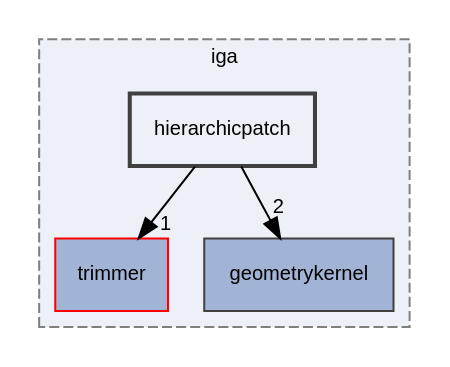
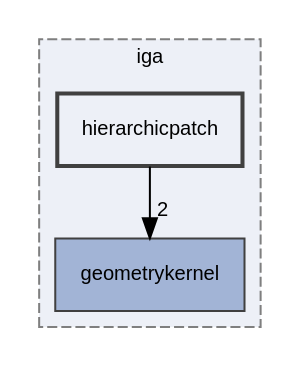
The diagram in dir_12fc9e68aad46ae2d80ba50ef1c96d76_dep.dot (rath3t/dune-iga-doc), drawn with Graphviz before and after one commit. The commit also changed 1206 other files, not shown here.

```diff
--- a/dir_12fc9e68aad46ae2d80ba50ef1c96d76_dep.dot
+++ b/dir_12fc9e68aad46ae2d80ba50ef1c96d76_dep.dot
@@ -1,15 +1,13 @@
 digraph "hierarchicpatch"
 {
  // LATEX_PDF_SIZE
   edge [fontname="Helvetica",fontsize="10",labelfontname="Helvetica",labelfontsize="10"];
   node [fontname="Helvetica",fontsize="10",shape=record];
   compound=true
   subgraph clusterdir_d2a3c23294a1b1015b1b8e8721ddded8 {
     graph [ bgcolor="#edf0f7", pencolor="grey50", style="filled,dashed,", label="iga", fontname="Helvetica", fontsize="10", URL="dir_d2a3c23294a1b1015b1b8e8721ddded8.html"]
-  dir_7d0c370ab440c4b4f78419bfc8c93eb8 [shape=box, label="trimmer", style="filled,", fillcolor="#a2b4d6", color="red", URL="dir_7d0c370ab440c4b4f78419bfc8c93eb8.html"];
   dir_98571e7345f7327fea7723ec1a12d870 [shape=box, label="geometrykernel", style="filled,", fillcolor="#a2b4d6", color="grey25", URL="dir_98571e7345f7327fea7723ec1a12d870.html"];
   dir_12fc9e68aad46ae2d80ba50ef1c96d76 [shape=box, label="hierarchicpatch", style="filled,bold,", fillcolor="#edf0f7", color="grey25", URL="dir_12fc9e68aad46ae2d80ba50ef1c96d76.html"];
   }
-  dir_12fc9e68aad46ae2d80ba50ef1c96d76->dir_7d0c370ab440c4b4f78419bfc8c93eb8 [headlabel="1", labeldistance=1.5 headhref="dir_000007_000019.html"];
   dir_12fc9e68aad46ae2d80ba50ef1c96d76->dir_98571e7345f7327fea7723ec1a12d870 [headlabel="2", labeldistance=1.5 headhref="dir_000007_000006.html"];
 }
```
